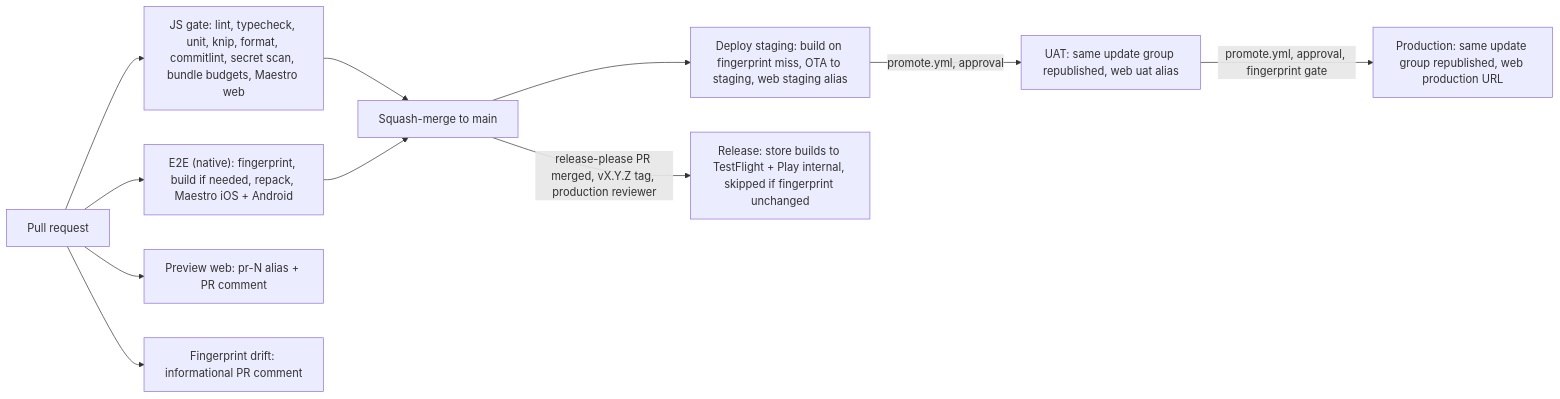
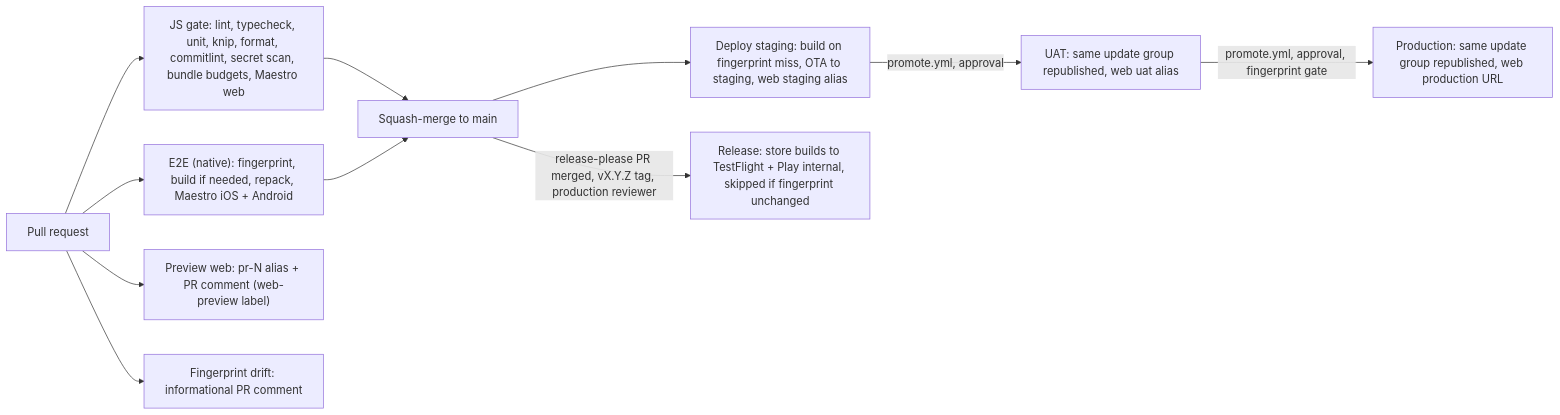
Before and after one commit to seandillon1224/expo-boilerplate: the diagram in docs/index.md, drawn with Mermaid. The commit also changed 7 other files, not shown here.

First line of the commit message:
ci: pr-only cancel, web-only maestro dependency, label-gated web preview (#195)

````diff
--- a/docs/index.md
+++ b/docs/index.md
@@ -47,13 +47,13 @@
 ```mermaid
 flowchart LR
   PR["Pull request"] --> GATE["JS gate: lint, typecheck, unit, knip, format, commitlint, secret scan, bundle budgets, Maestro web"]
   PR --> E2E["E2E (native): fingerprint, build if needed, repack, Maestro iOS + Android"]
-  PR --> PREVIEW["Preview web: pr-N alias + PR comment"]
+  PR --> PREVIEW["Preview web: pr-N alias + PR comment (web-preview label)"]
   PR --> DRIFT["Fingerprint drift: informational PR comment"]
   GATE --> MERGE["Squash-merge to main"]
   E2E --> MERGE
   MERGE --> STAGING["Deploy staging: build on fingerprint miss, OTA to staging, web staging alias"]
   STAGING -->|"promote.yml, approval"| UAT["UAT: same update group republished, web uat alias"]
   UAT -->|"promote.yml, approval, fingerprint gate"| PROD["Production: same update group republished, web production URL"]
   MERGE -->|"release-please PR merged, vX.Y.Z tag, production reviewer"| RELEASE["Release: store builds to TestFlight + Play internal, skipped if fingerprint unchanged"]
 ```
````
